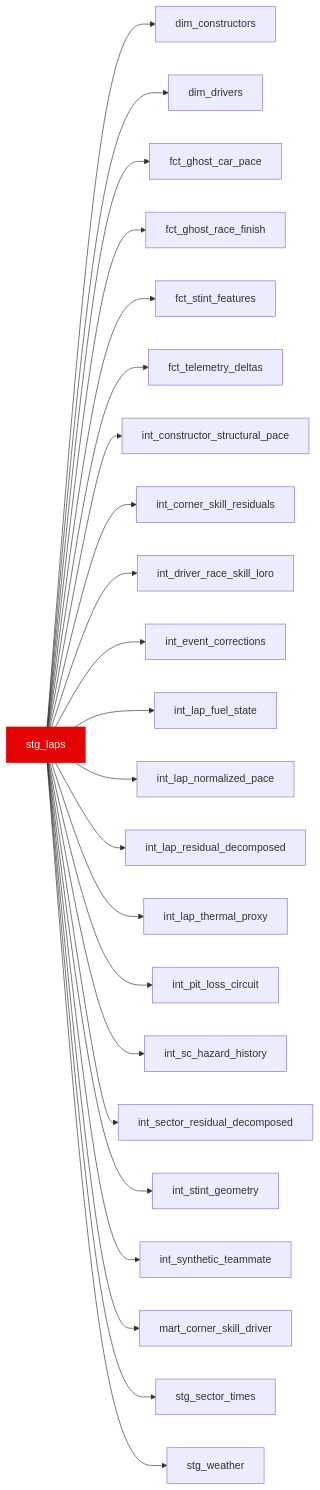
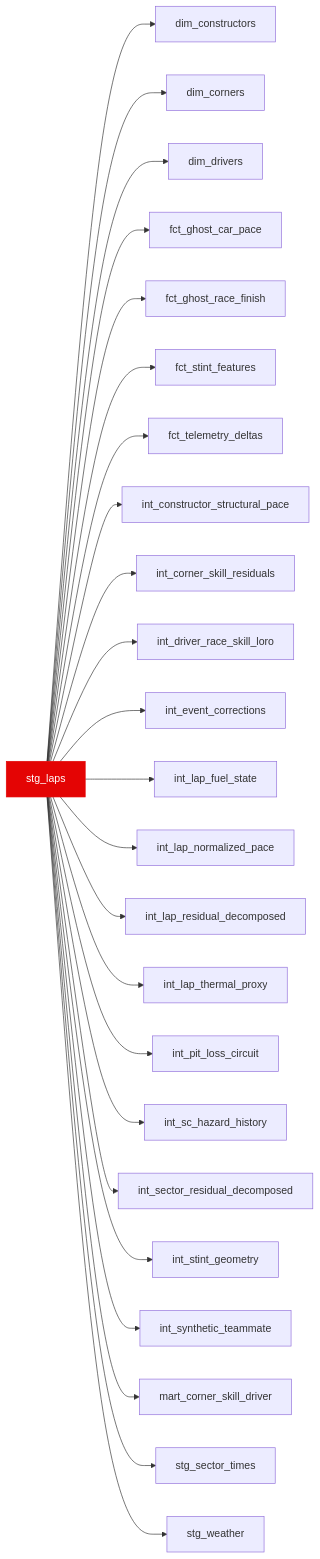
Before and after one commit to JustinClarke/off-the-pace: the diagram in docs/reference/models/stg/stg_laps.mdx, drawn with Mermaid. The commit also changed other lines of this file and 89 other files, not shown here.

````diff
--- a/docs/reference/models/stg/stg_laps.mdx
+++ b/docs/reference/models/stg/stg_laps.mdx
@@ -15,26 +15,27 @@
 ```mermaid
 flowchart LR
   stg_laps --> dim_constructors
+  stg_laps --> dim_corners
   stg_laps --> dim_drivers
   stg_laps --> fct_ghost_car_pace
   stg_laps --> fct_ghost_race_finish
   stg_laps --> fct_stint_features
   stg_laps --> fct_telemetry_deltas
   stg_laps --> int_constructor_structural_pace
   stg_laps --> int_corner_skill_residuals
   stg_laps --> int_driver_race_skill_loro
   stg_laps --> int_event_corrections
   stg_laps --> int_lap_fuel_state
   stg_laps --> int_lap_normalized_pace
   stg_laps --> int_lap_residual_decomposed
   stg_laps --> int_lap_thermal_proxy
   stg_laps --> int_pit_loss_circuit
   stg_laps --> int_sc_hazard_history
   stg_laps --> int_sector_residual_decomposed
   stg_laps --> int_stint_geometry
   stg_laps --> int_synthetic_teammate
   stg_laps --> mart_corner_skill_driver
   stg_laps --> stg_sector_times
   stg_laps --> stg_weather
   style stg_laps fill:#e40404,stroke:#e40404,color:#fff
 ```
````
